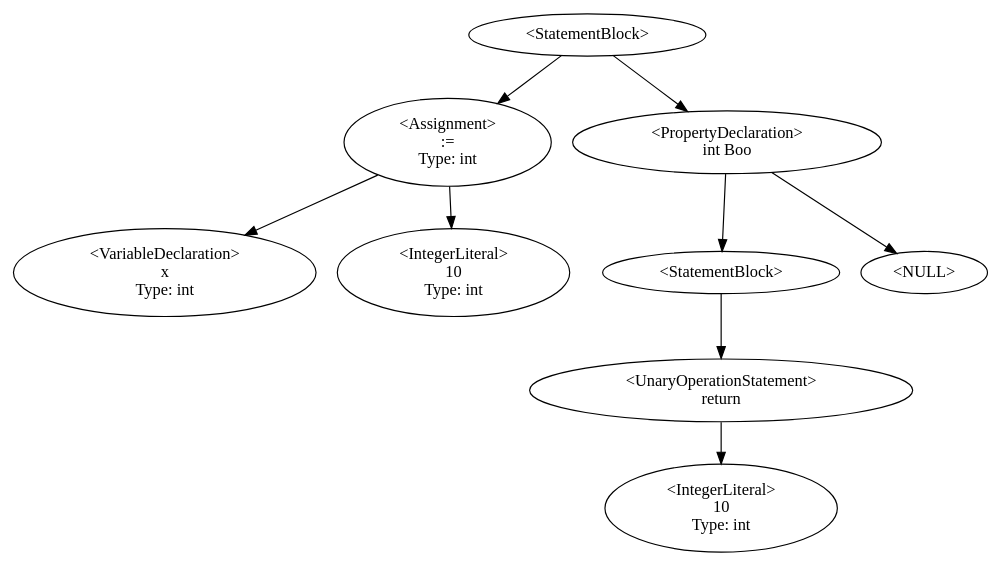
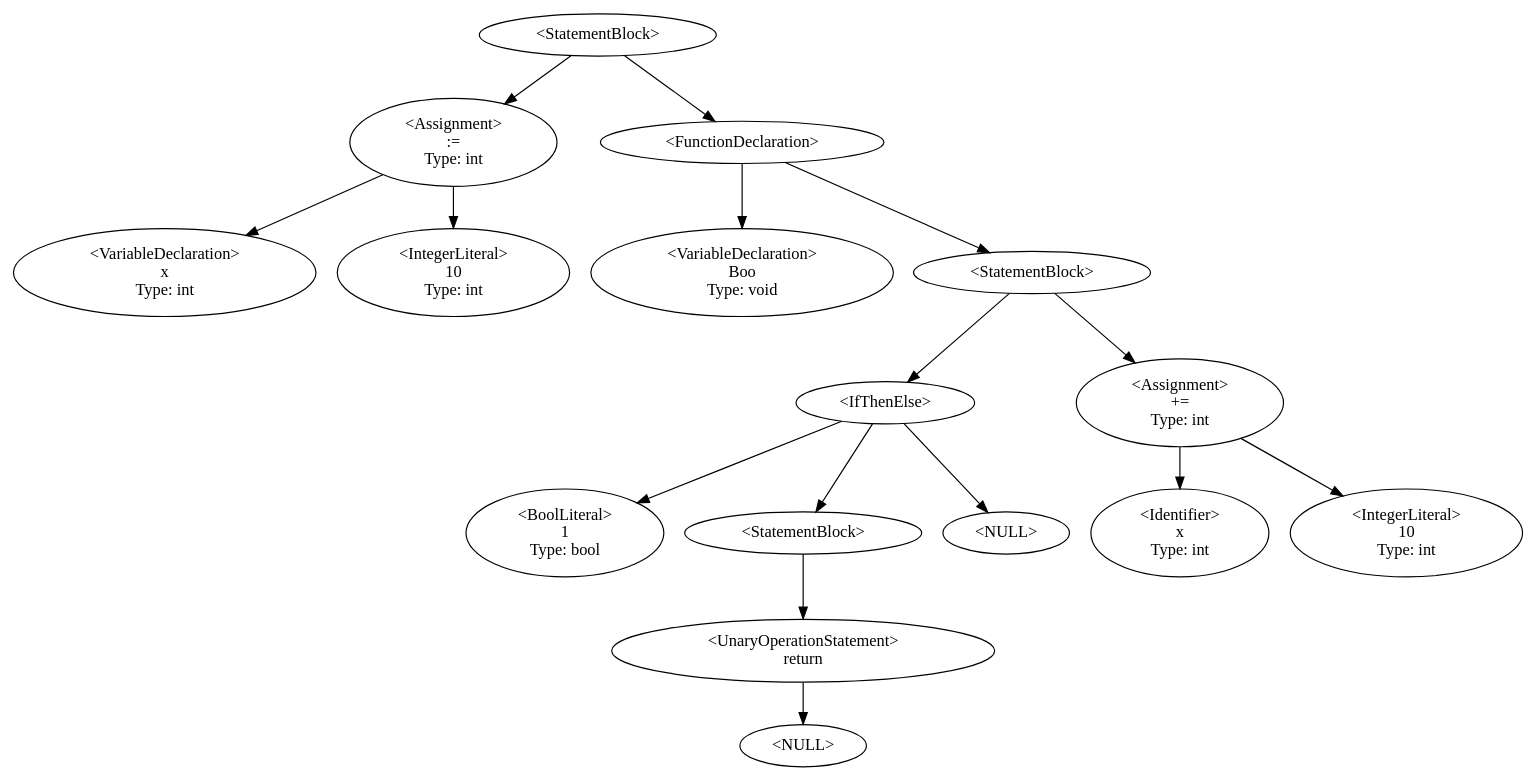
Before and after one commit to QazmoQwerty/dino: the diagram in Dino/Dino/DstDisplay.gv, drawn with Graphviz. The commit also changed 3 other files, not shown here.

```diff
--- a/Dino/Dino/DstDisplay.gv
+++ b/Dino/Dino/DstDisplay.gv
@@ -1,14 +1,24 @@
 digraph G {
-7 [label="<StatementBlock>"];7->12;7->19;
+7 [label="<StatementBlock>"];7->12;7->15;
 12 [label="<Assignment>\n:=
 Type: int"];12->10;12->8;
 10 [label="<VariableDeclaration>\nx
 Type: int"];
 8 [label="<IntegerLiteral>\n10
 Type: int"];
-19 [label="<PropertyDeclaration>\nint Boo"];19->14;19->-1;-1 [label="<NULL>"];
-14 [label="<StatementBlock>"];14->17;
-17 [label="<UnaryOperationStatement>\nreturn"];17->15;
-15 [label="<IntegerLiteral>\n10
+15 [label="<FunctionDeclaration>"];15->13;15->16;
+13 [label="<VariableDeclaration>\nBoo
+Type: void"];
+16 [label="<StatementBlock>"];16->17;16->25;
+17 [label="<IfThenElse>"];17->18;17->20;17->-1;-1 [label="<NULL>"];
+18 [label="<BoolLiteral>\n1
+Type: bool"];
+20 [label="<StatementBlock>"];20->21;
+21 [label="<UnaryOperationStatement>\nreturn"];21->-2;-2 [label="<NULL>"];
+25 [label="<Assignment>\n+=
+Type: int"];25->24;25->22;
+24 [label="<Identifier>\nx
+Type: int"];
+22 [label="<IntegerLiteral>\n10
 Type: int"];
 }
```
